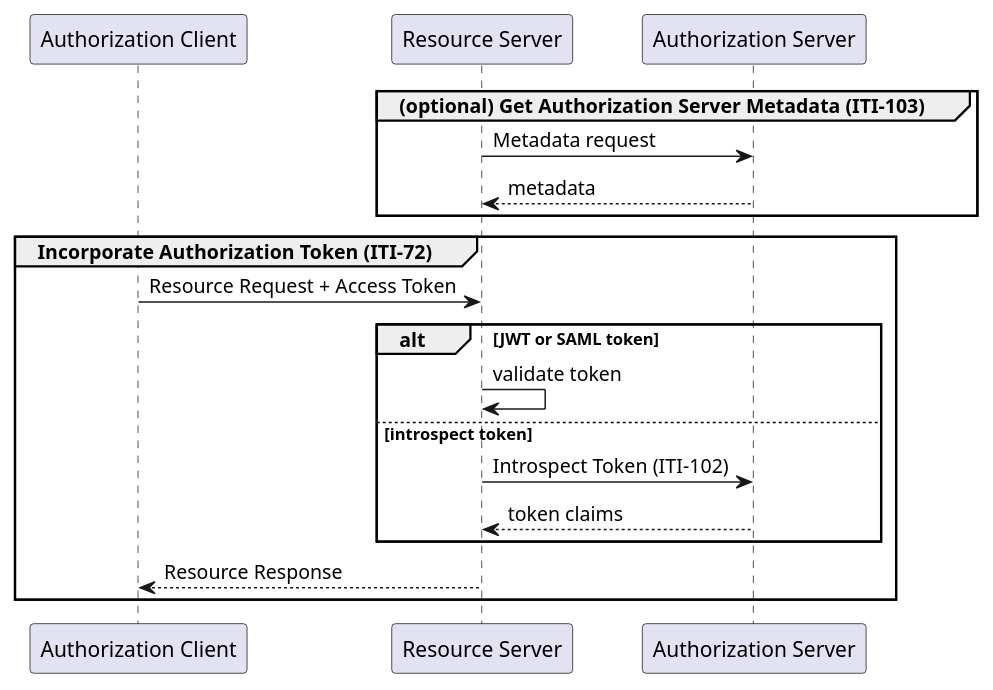
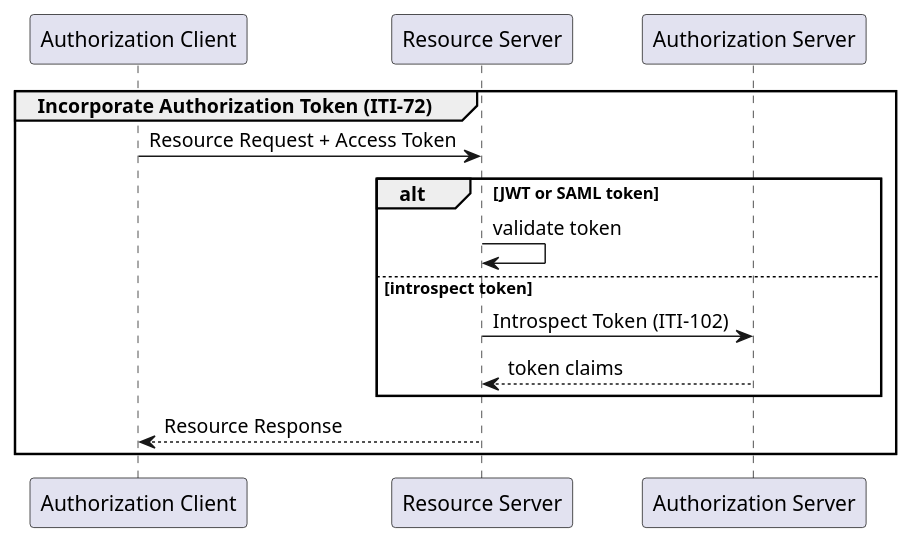
One commit to IHE/ITI.IUA changed the fourth of 6 diagrams in IHE_ITI_Suppl_IUA.md. Above: the diagram before and after it, drawn with PlantUML. The commit also changed other lines of this file and 8 other files, not shown here.

````diff
--- a/IHE_ITI_Suppl_IUA.md
+++ b/IHE_ITI_Suppl_IUA.md
@@ -1094,28 +1114,23 @@
 ```plantuml
 @startuml incorporate-token
 
 participant "Authorization Client" as client
 participant "Resource Server" as rs
 participant "Authorization Server" as as
-
-group (optional) Get Authorization Server Metadata (ITI-103)
-    rs -> as : Metadata request
-    as --> rs: metadata
-end
 
 group Incorporate Authorization Token (ITI-72)
 
 client -> rs : Resource Request + Access Token
 
 alt JWT or SAML token
   rs -> rs: validate token
 
 else introspect token
     rs -> as : Introspect Token (ITI-102)
     as --> rs: token claims
 end
 
 client <-- rs : Resource Response  
 end  
 @enduml
 ```
````
